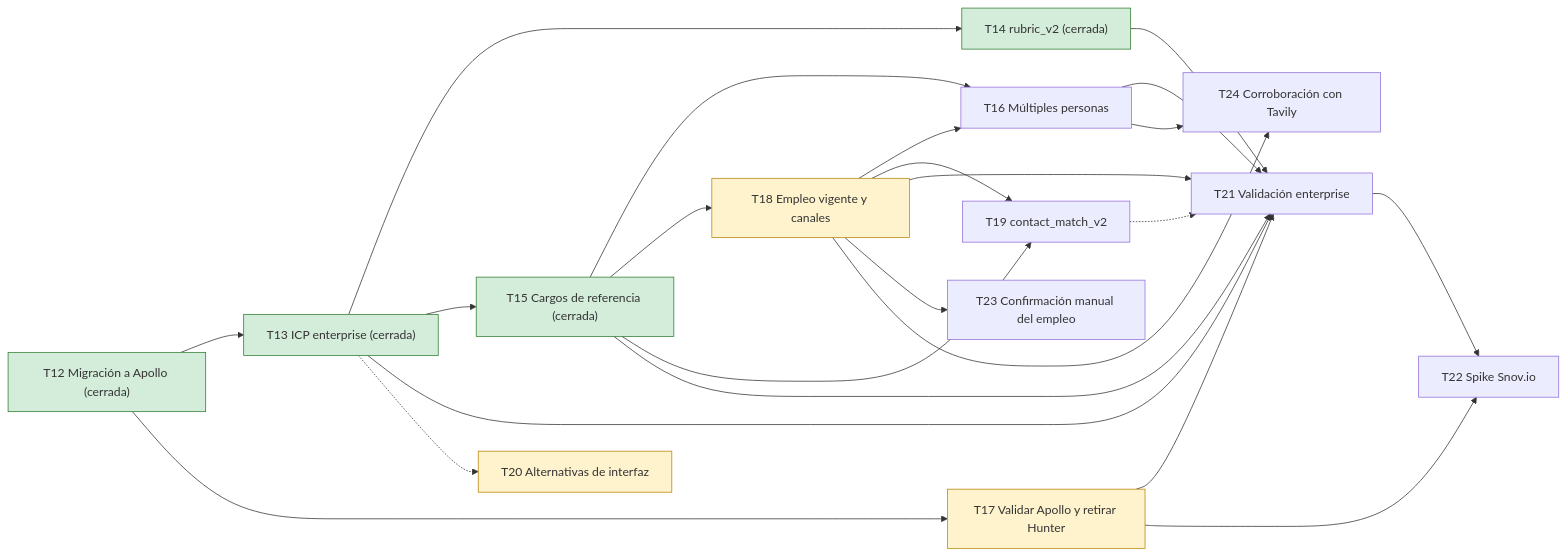
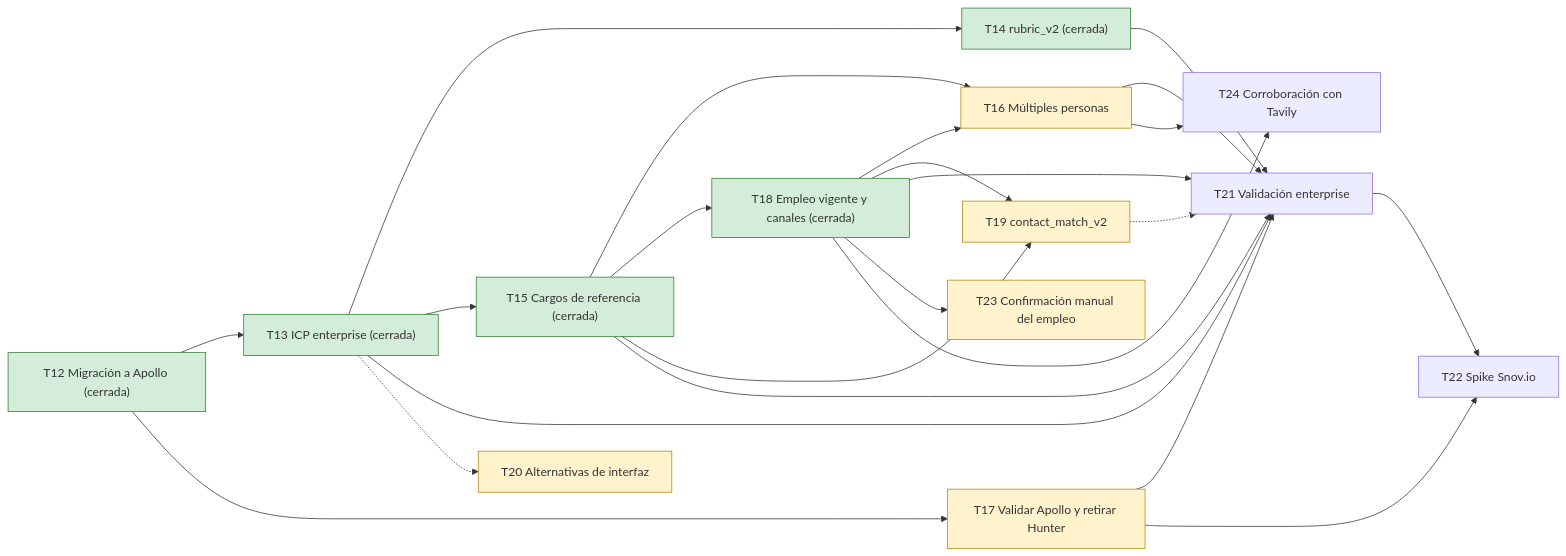
One commit to ThomasSerna/veryfi-prospecting changed the diagram in docs/Roadmap.md. Above: the diagram before and after it, drawn with Mermaid. The commit also changed other lines of this file, not shown here.

Commit message:
docs: marcar T18 cerrada en el Roadmap y desbloquear T16, T19 y T23

````diff
--- a/docs/Roadmap.md
+++ b/docs/Roadmap.md
@@ -54,40 +54,40 @@
 ```mermaid
 flowchart LR
     T12["T12 Migración a Apollo (cerrada)"]:::closed
     T13["T13 ICP enterprise (cerrada)"]:::closed
     T14["T14 rubric_v2 (cerrada)"]:::closed
     T15["T15 Cargos de referencia (cerrada)"]:::closed
-    T16["T16 Múltiples personas"]
+    T16["T16 Múltiples personas"]:::ready
     T17["T17 Validar Apollo y retirar Hunter"]:::ready
-    T18["T18 Empleo vigente y canales"]:::ready
-    T19["T19 contact_match_v2"]
+    T18["T18 Empleo vigente y canales (cerrada)"]:::closed
+    T19["T19 contact_match_v2"]:::ready
     T20["T20 Alternativas de interfaz"]:::ready
     T21["T21 Validación enterprise"]
     T22["T22 Spike Snov.io"]
-    T23["T23 Confirmación manual del empleo"]
+    T23["T23 Confirmación manual del empleo"]:::ready
     T24["T24 Corroboración con Tavily"]
     T12 --> T13
     T12 --> T17
     T13 --> T14
     T13 --> T15
     T15 --> T16
     T15 --> T18
     T15 --> T19
     T18 --> T16
     T18 --> T19
     T13 --> T21
     T14 --> T21
     T15 --> T21
     T16 --> T21
     T17 --> T21
     T18 --> T21
     T21 --> T22
     T17 --> T22
     T13 -.-> T20
     T19 -.-> T21
     T18 --> T23
     T18 --> T24
     T16 --> T24
     classDef closed fill:#d4edda,stroke:#2e7d32
     classDef ready fill:#fff3cd,stroke:#b8860b
 ```
````
